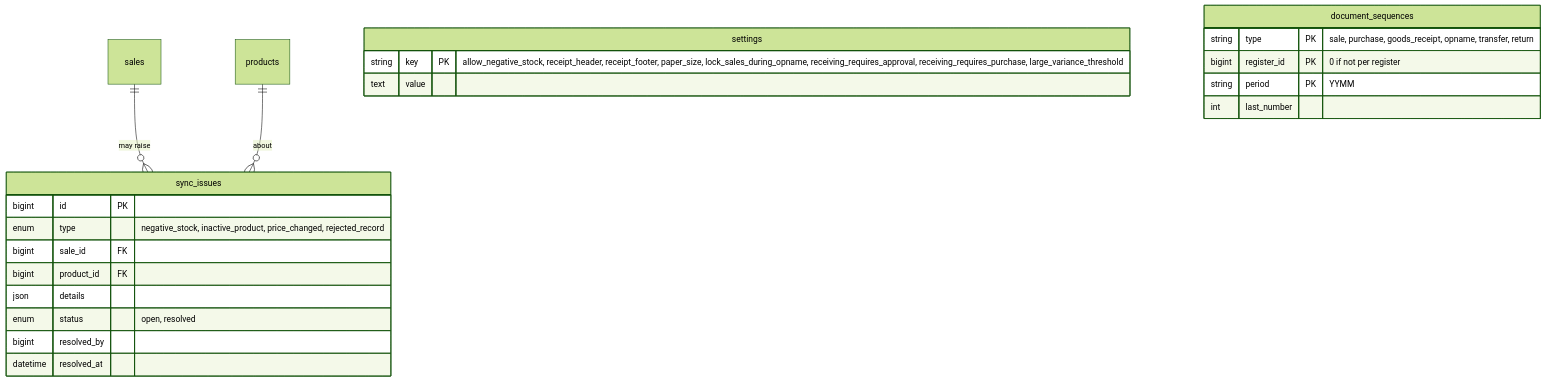
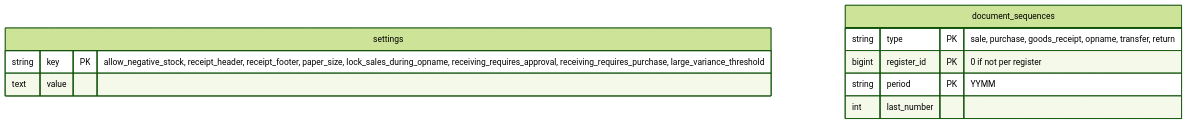
One commit to aliefpraditya/store-management changed diagram 30 of 30 in docs/analisis-sistem.md. Above: the diagram before and after it, drawn with Mermaid (forest theme). The commit also changed other lines of this file and 13 other files, not shown here.

First line of the commit message:
Redesign wireframe and diagrams for R1, split R2, add PDFs

````diff
--- a/docs/analisis-sistem.md
+++ b/docs/analisis-sistem.md
@@ -1570,26 +1573,13 @@
 ```mermaid
 erDiagram
-    sales ||--o{ sync_issues : "may raise"
-    products ||--o{ sync_issues : "about"
-
     settings {
         string key PK "allow_negative_stock, receipt_header, receipt_footer, paper_size, lock_sales_during_opname, receiving_requires_approval, receiving_requires_purchase, large_variance_threshold"
         text value
     }
     document_sequences {
         string type PK "sale, purchase, goods_receipt, opname, transfer, return"
         bigint register_id PK "0 if not per register"
         string period PK "YYMM"
         int last_number
     }
-    sync_issues {
-        bigint id PK
-        enum type "negative_stock, inactive_product, price_changed, rejected_record"
-        bigint sale_id FK
-        bigint product_id FK
-        json details
-        enum status "open, resolved"
-        bigint resolved_by
-        datetime resolved_at
-    }
 ```
````
